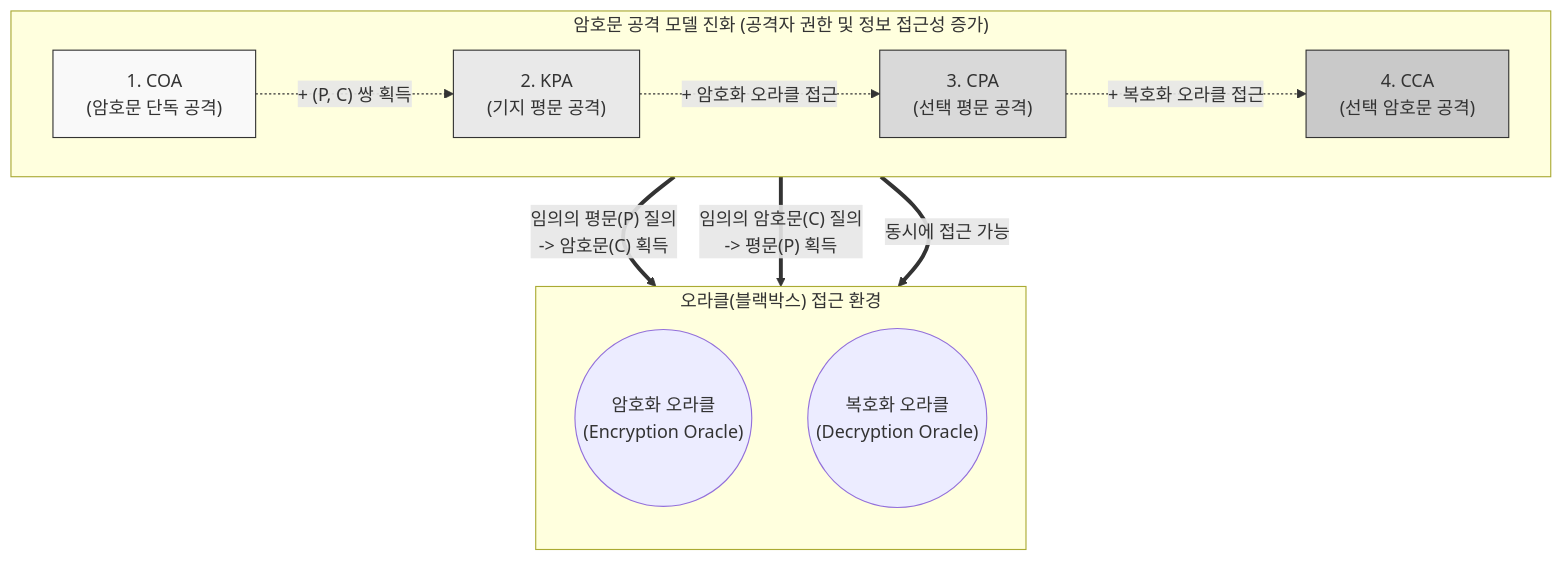
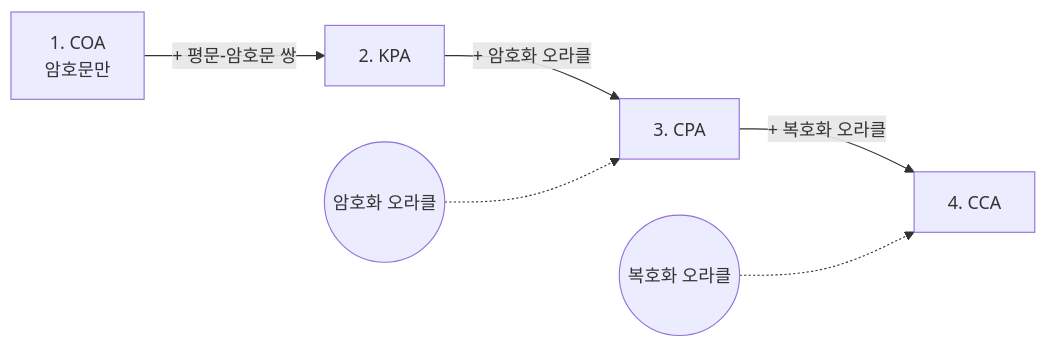
The diagram in content/01_IT Tech/암호문 공격 기법.md (supremethumb/supremethumb.github.io), drawn with Mermaid before and after one commit. The commit also changed other lines of this file and 1087 other files, not shown here.

````diff
--- a/content/01_IT Tech/암호문 공격 기법.md
+++ b/content/01_IT Tech/암호문 공격 기법.md
@@ -27,31 +34,8 @@
 ```mermaid
-flowchart TB
-    subgraph Attacker_Models ["암호문 공격 모델 진화 (공격자 권한 및 정보 접근성 증가)"]
-        direction LR
-        
-        COA["1. COA\n(암호문 단독 공격)"]
-        KPA["2. KPA\n(기지 평문 공격)"]
-        CPA["3. CPA\n(선택 평문 공격)"]
-        CCA["4. CCA\n(선택 암호문 공격)"]
-
-        COA -. "+ (P, C) 쌍 획득" .-> KPA
-        KPA -. "+ 암호화 오라클 접근" .-> CPA
-        CPA -. "+ 복호화 오라클 접근" .-> CCA
-    end
-
-    subgraph Oracle_Environment ["오라클(블랙박스) 접근 환경"]
-        direction TB
-        Enc_Oracle(("암호화 오라클\n(Encryption Oracle)"))
-        Dec_Oracle(("복호화 오라클\n(Decryption Oracle)"))
-    end
-
-    CPA ==>|"임의의 평문(P) 질의\n-> 암호문(C) 획득"| Enc_Oracle
-    CCA ==>|"임의의 암호문(C) 질의\n-> 평문(P) 획득"| Dec_Oracle
-    CCA ==>|"동시에 접근 가능"| Enc_Oracle
-
-    style COA fill:#f9f9f9,stroke:#333
-    style KPA fill:#e9e9e9,stroke:#333
-    style CPA fill:#d9d9d9,stroke:#333
-    style CCA fill:#c9c9c9,stroke:#333
-
+flowchart LR
+    COA["1. COA<br/>암호문만"] -->|"+ 평문-암호문 쌍"| KPA["2. KPA"]
+    KPA -->|"+ 암호화 오라클"| CPA["3. CPA"]
+    CPA -->|"+ 복호화 오라클"| CCA["4. CCA"]
+    ENC(("암호화 오라클")) -.-> CPA
+    DEC(("복호화 오라클")) -.-> CCA
 ```
````
